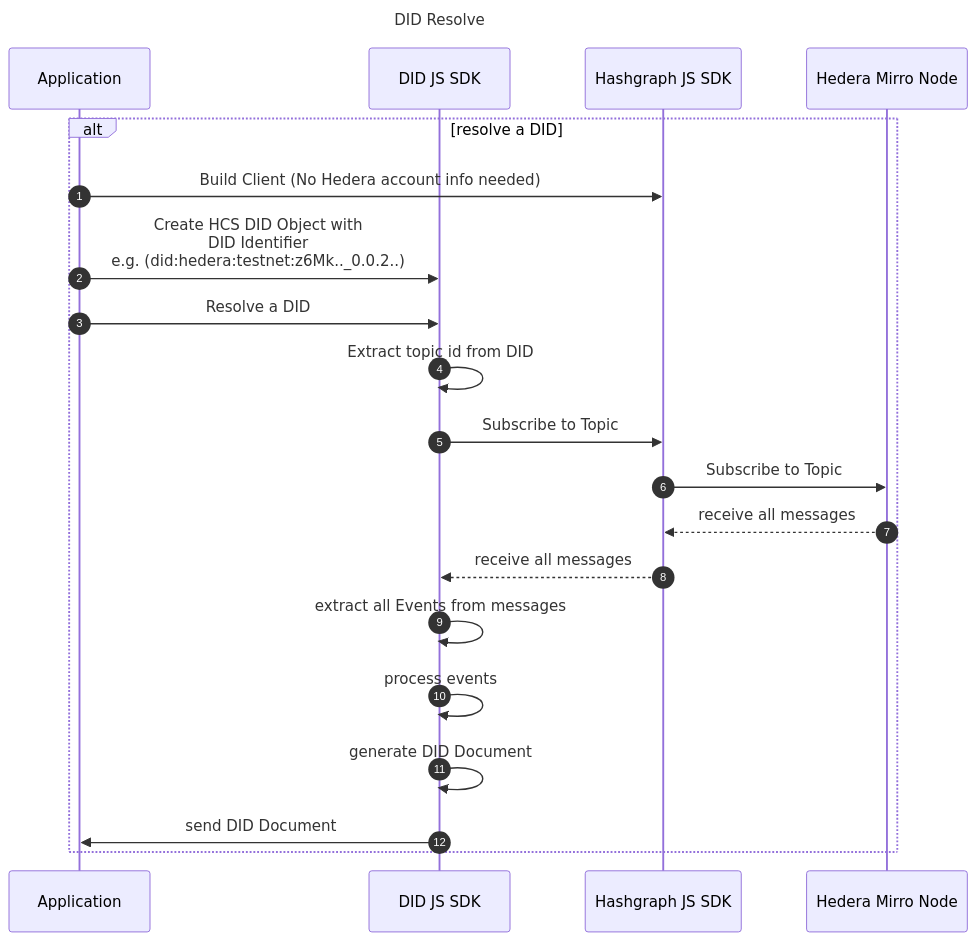
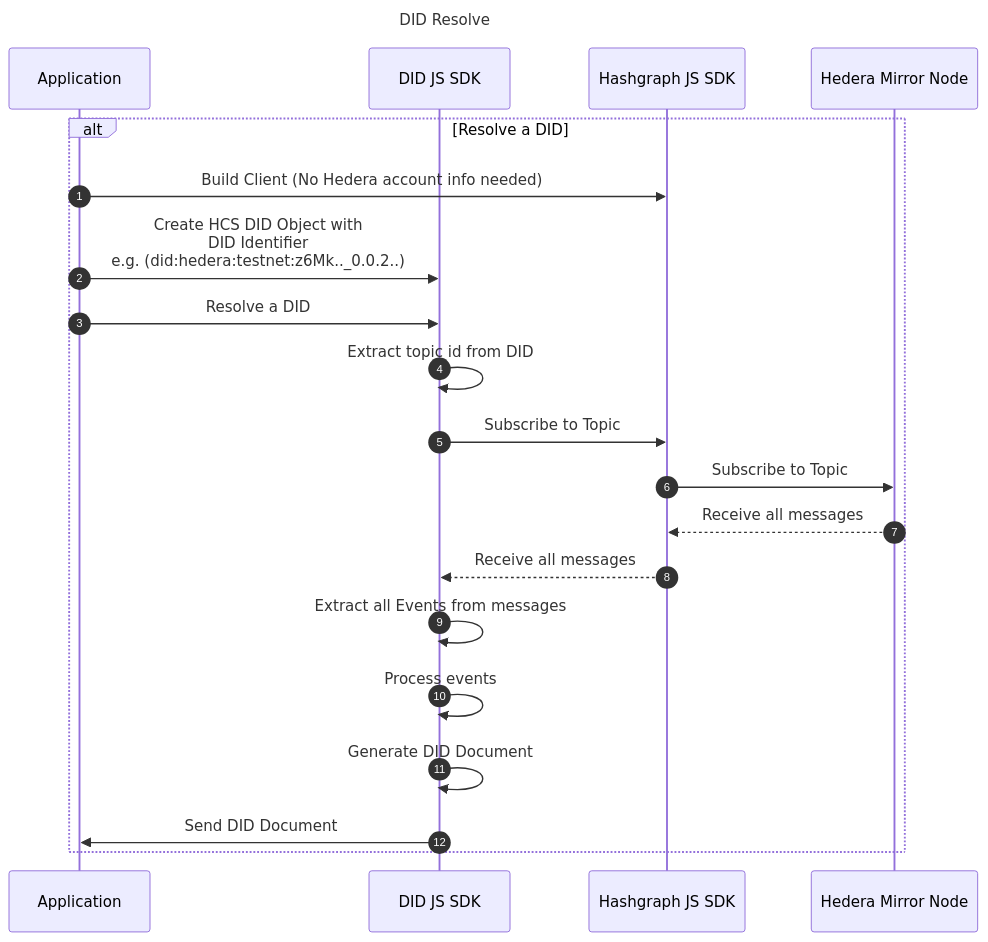
The diagram in documentation/sequence_diagram/did-resolve.mmd (hashgraph/did-sdk-js), drawn with Mermaid before and after one commit. The commit also changed 5 other files, not shown here.

Commit message:
docs: Add a few diagrams.

```diff
--- a/documentation/sequence_diagram/did-resolve.mmd
+++ b/documentation/sequence_diagram/did-resolve.mmd
@@ -1,24 +1,24 @@
 sequenceDiagram
 Title: DID Resolve
   autonumber
   participant App as Application
   participant SDK as DID JS SDK
   participant HSDK as Hashgraph JS SDK
-  participant HMN as Hedera Mirro Node
+  participant HMN as Hedera Mirror Node
 
 
-alt resolve a DID
+alt Resolve a DID
+
 App ->> HSDK: Build Client (No Hedera account info needed)
-
 App ->> SDK: Create HCS DID Object with <br> DID Identifier <br> e.g. (did:hedera:testnet:z6Mk.._0.0.2..)
 App ->> SDK: Resolve a DID
 SDK ->> SDK: Extract topic id from DID
 SDK ->> HSDK: Subscribe to Topic
 HSDK ->> HMN: Subscribe to Topic 
-HMN -->> HSDK: receive all messages
-HSDK -->> SDK: receive all messages
-SDK ->> SDK: extract all Events from messages
-SDK ->> SDK: process events
-SDK ->> SDK: generate DID Document
-SDK ->> App: send DID Document
+HMN -->> HSDK: Receive all messages
+HSDK -->> SDK: Receive all messages
+SDK ->> SDK: Extract all Events from messages
+SDK ->> SDK: Process events
+SDK ->> SDK: Generate DID Document
+SDK ->> App: Send DID Document
 end
```
